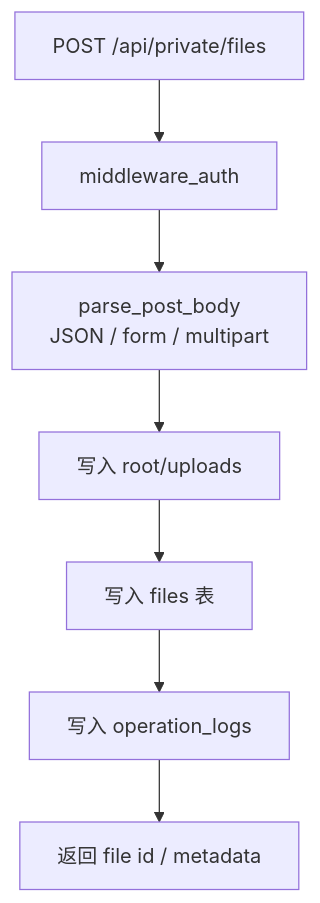
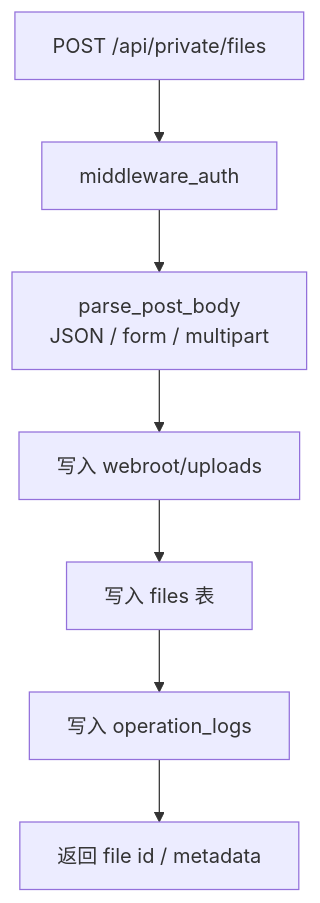
Before and after one commit to wjg12345678/High-performance-gateway: the fifth of 7 diagrams in docs/architecture.md, drawn with Mermaid. The commit also changed other lines of this file and 131 other files, not shown here.

````diff
--- a/docs/architecture.md
+++ b/docs/architecture.md
@@ -113,17 +113,17 @@
 ```mermaid
 flowchart TD
     Req[POST /api/private/files]
     Auth[middleware_auth]
     Parse[parse_post_body<br/>JSON / form / multipart]
-    Store[写入 root/uploads]
+    Store[写入 webroot/uploads]
     Meta[写入 files 表]
     Audit[写入 operation_logs]
     Resp[返回 file id / metadata]
 
     Req --> Auth
     Auth --> Parse
     Parse --> Store
     Store --> Meta
     Meta --> Audit
     Audit --> Resp
 ```
````
